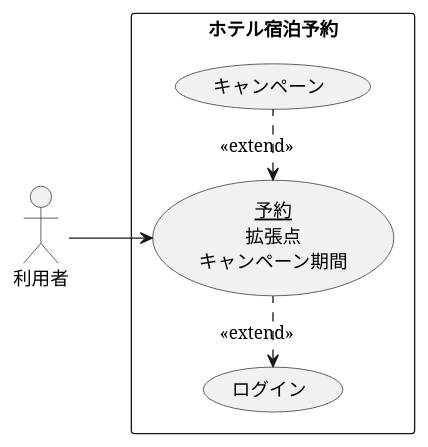
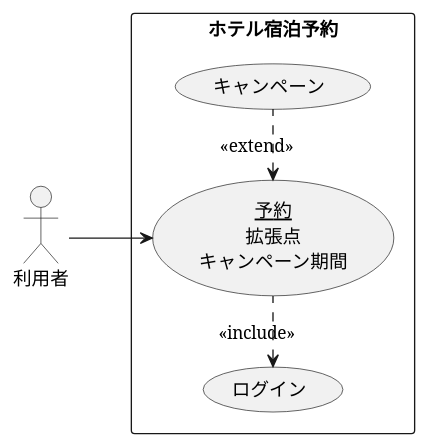
Before and after one commit to a-tamura22/uml-introduction: the diagram in 演習2-4_キャンペーン中のホテル宿泊予約.pu, drawn with PlantUML. The commit also changed 1 other file, not shown here.

```diff
--- a/演習2-4_キャンペーン中のホテル宿泊予約.pu
+++ b/演習2-4_キャンペーン中のホテル宿泊予約.pu
@@ -1,11 +1,11 @@
 @startuml ユースケース図
 left to right direction
 actor 利用者
 rectangle ホテル宿泊予約 {
 usecase ログイン
 usecase (<u>予約</u>\n拡張点\nキャンペーン期間) as input
-ログイン <. (input) : <<extend>>
+ログイン <. (input) : <<include>>
 input <. (キャンペーン) : <<extend>>
 }
 利用者--> input
 @enduml
```
